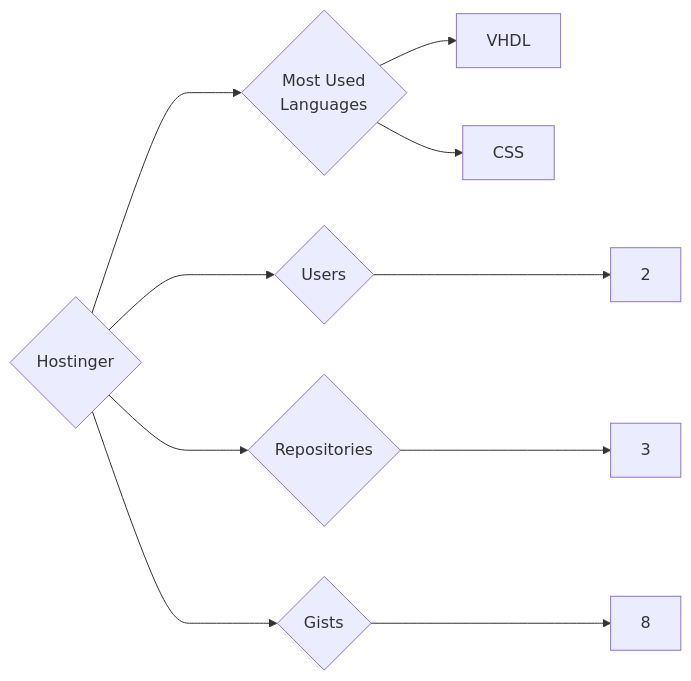
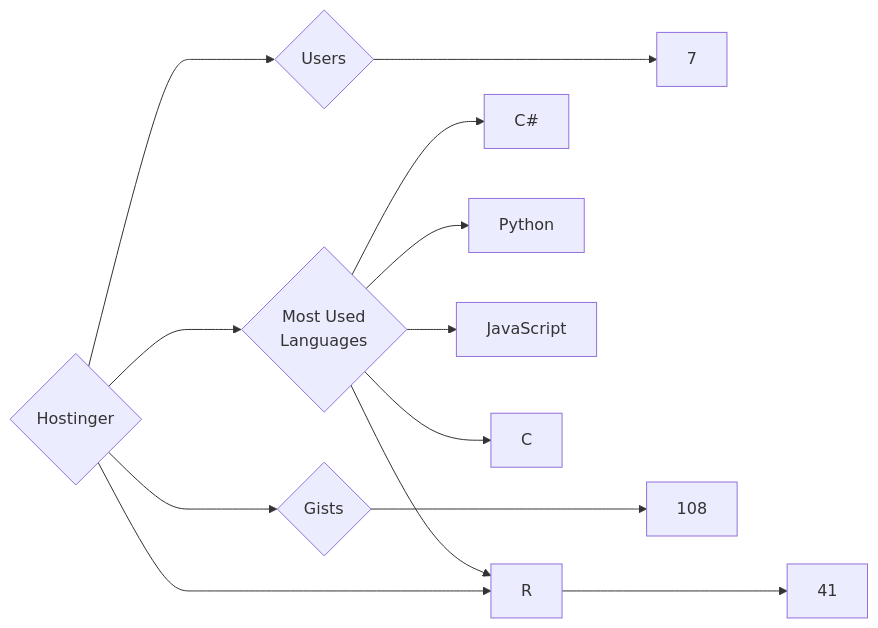
One commit to trickest/insiders changed the diagram in targets/Hostinger/README.md. Above: the diagram before and after it, drawn with Mermaid. The commit also changed 1055 other files, not shown here.

````diff
--- a/targets/Hostinger/README.md
+++ b/targets/Hostinger/README.md
@@ -3,10 +3,13 @@
 ```mermaid
 graph LR
 COMPANY_NAME{Hostinger}
-COMPANY_NAME ---> U{Users} ---> UN[2]
-COMPANY_NAME ---> R{Repositories} ---> RN[3]
-COMPANY_NAME ---> G{Gists} ---> GN[8]
+COMPANY_NAME ---> U{Users} ---> UN[7]
+COMPANY_NAME ---> R{Repositories} ---> RN[41]
+COMPANY_NAME ---> G{Gists} ---> GN[108]
 COMPANY_NAME ---> ML{Most Used<br>Languages}
-ML --> VHDL[VHDL]
-ML --> CSS[CSS]
+ML --> C#[C#]
+ML --> Python[Python]
+ML --> R[R]
+ML --> JavaScript[JavaScript]
+ML --> C[C]
 ```
````
